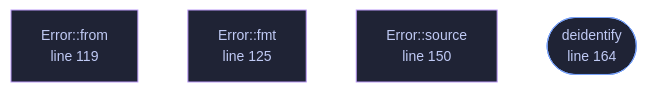
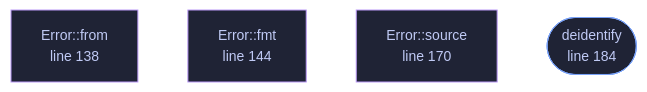
One commit to tilas01/veilvoice changed the diagram in docs/files/veilvoice-audio/lib.md. Above: the diagram before and after it, drawn with Mermaid. The commit also changed other lines of this file and 62 other files, not shown here.

````diff
--- a/docs/files/veilvoice-audio/lib.md
+++ b/docs/files/veilvoice-audio/lib.md
@@ -94,18 +94,18 @@
 ```mermaid
 %%{init: {"theme":"base","themeVariables":{"background":"#1a1b26","primaryColor":"#1f2335","primaryTextColor":"#c0caf5","primaryBorderColor":"#7aa2f7","secondaryColor":"#16161e","tertiaryColor":"#16161e","lineColor":"#737aa2","textColor":"#c0caf5","mainBkg":"#1f2335","nodeBorder":"#7aa2f7","clusterBkg":"#16161e","clusterBorder":"#2f3549","fontFamily":"ui-monospace, SFMono-Regular, Consolas, monospace","fontSize":"14px"}}}%%
 flowchart TD
-    n_from["Error::from<br/>line 113"]
-    n_from["Error::from<br/>line 119"]
-    n_fmt["Error::fmt<br/>line 125"]
-    n_source["Error::source<br/>line 150"]
-    n_deidentify(["deidentify<br/>line 164"])
-    click n_from href "https://github.com/tilas01/veilvoice/blob/main/crates/veilvoice-audio/src/lib.rs#L113" "open the source"
-    click n_from href "https://github.com/tilas01/veilvoice/blob/main/crates/veilvoice-audio/src/lib.rs#L119" "open the source"
-    click n_fmt href "https://github.com/tilas01/veilvoice/blob/main/crates/veilvoice-audio/src/lib.rs#L125" "open the source"
-    click n_source href "https://github.com/tilas01/veilvoice/blob/main/crates/veilvoice-audio/src/lib.rs#L150" "open the source"
-    click n_deidentify href "https://github.com/tilas01/veilvoice/blob/main/crates/veilvoice-audio/src/lib.rs#L164" "open the source"
+    n_from["Error::from<br/>line 132"]
+    n_from["Error::from<br/>line 138"]
+    n_fmt["Error::fmt<br/>line 144"]
+    n_source["Error::source<br/>line 170"]
+    n_deidentify(["deidentify<br/>line 184"])
+    click n_from href "https://github.com/tilas01/veilvoice/blob/main/crates/veilvoice-audio/src/lib.rs#L132" "open the source"
+    click n_from href "https://github.com/tilas01/veilvoice/blob/main/crates/veilvoice-audio/src/lib.rs#L138" "open the source"
+    click n_fmt href "https://github.com/tilas01/veilvoice/blob/main/crates/veilvoice-audio/src/lib.rs#L144" "open the source"
+    click n_source href "https://github.com/tilas01/veilvoice/blob/main/crates/veilvoice-audio/src/lib.rs#L170" "open the source"
+    click n_deidentify href "https://github.com/tilas01/veilvoice/blob/main/crates/veilvoice-audio/src/lib.rs#L184" "open the source"
     classDef entry fill:#1f2335,stroke:#7aa2f7,color:#c0caf5
     class n_deidentify entry
     classDef helper fill:#1f2335,stroke:#bb9af7,color:#c0caf5
     class n_from,n_from,n_fmt,n_source helper
 ```
````
